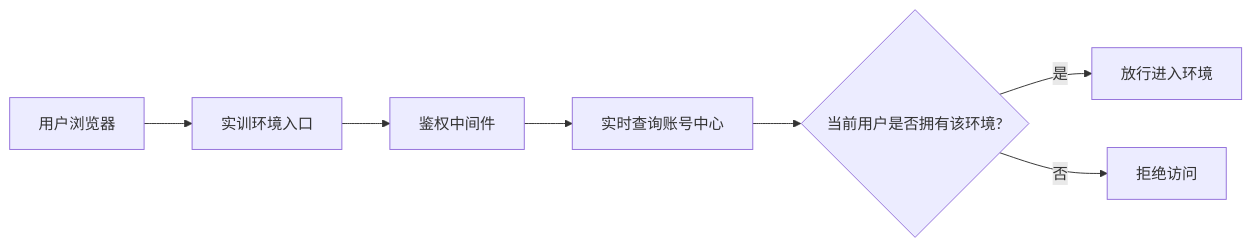
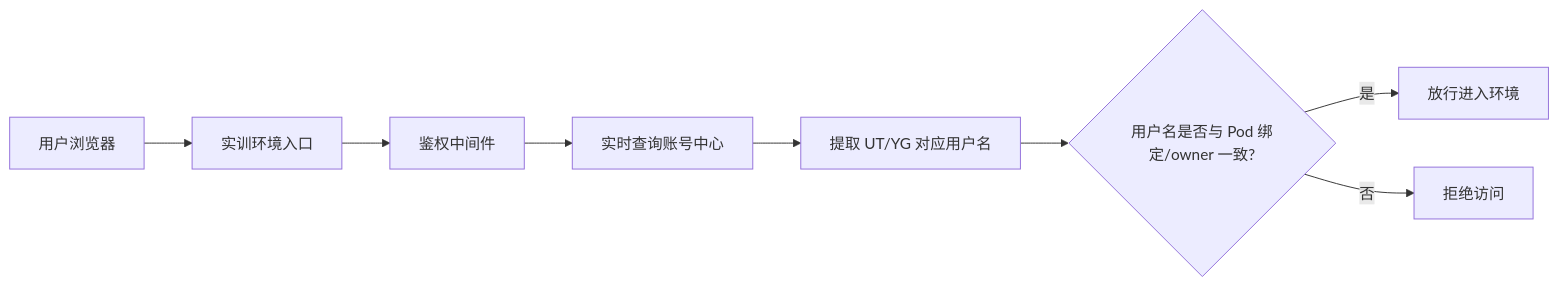
The first of 3 diagrams in opensourceways/backlog/issue_docs/151/Architecture Desgin/#151 Architecture Design Specification.md (GeorgeCao-hw/backlog-test), drawn with Mermaid before and after one commit. The commit also changed other lines of this file and 1 other file, not shown here.

````diff
--- a/opensourceways/backlog/issue_docs/151/Architecture Desgin/#151 Architecture Design Specification.md
+++ b/opensourceways/backlog/issue_docs/151/Architecture Desgin/#151 Architecture Design Specification.md
@@ -25,9 +25,10 @@
 ```mermaid
 flowchart LR
     U[用户浏览器] --> G[实训环境入口]
     G --> A[鉴权中间件]
     A --> S[实时查询账号中心]
-    S --> R{当前用户是否拥有该环境?}
+    S --> N[提取 UT/YG 对应用户名]
+    N --> R{用户名是否与 Pod 绑定/owner 一致?}
     R -- 是 --> P[放行进入环境]
     R -- 否 --> F[拒绝访问]
 ```
````
